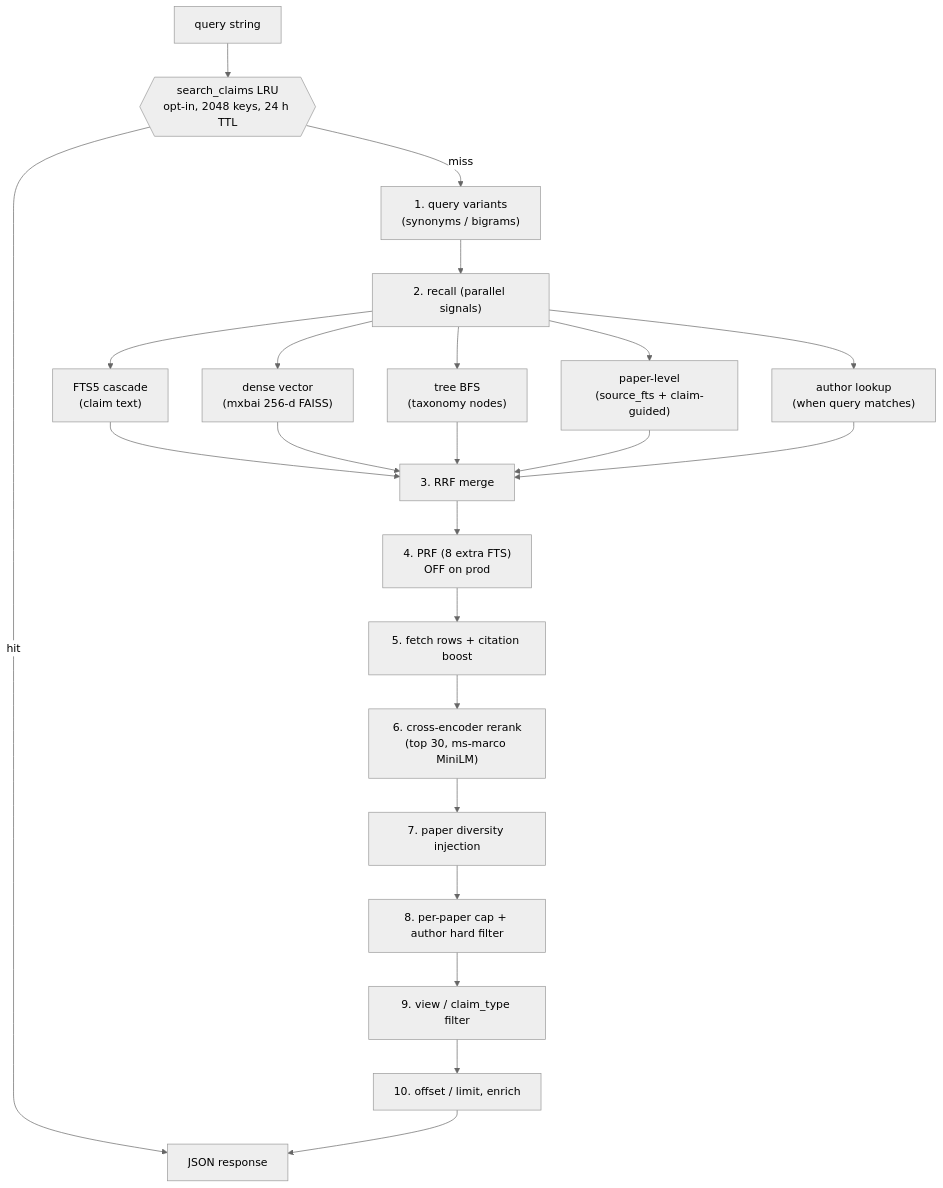
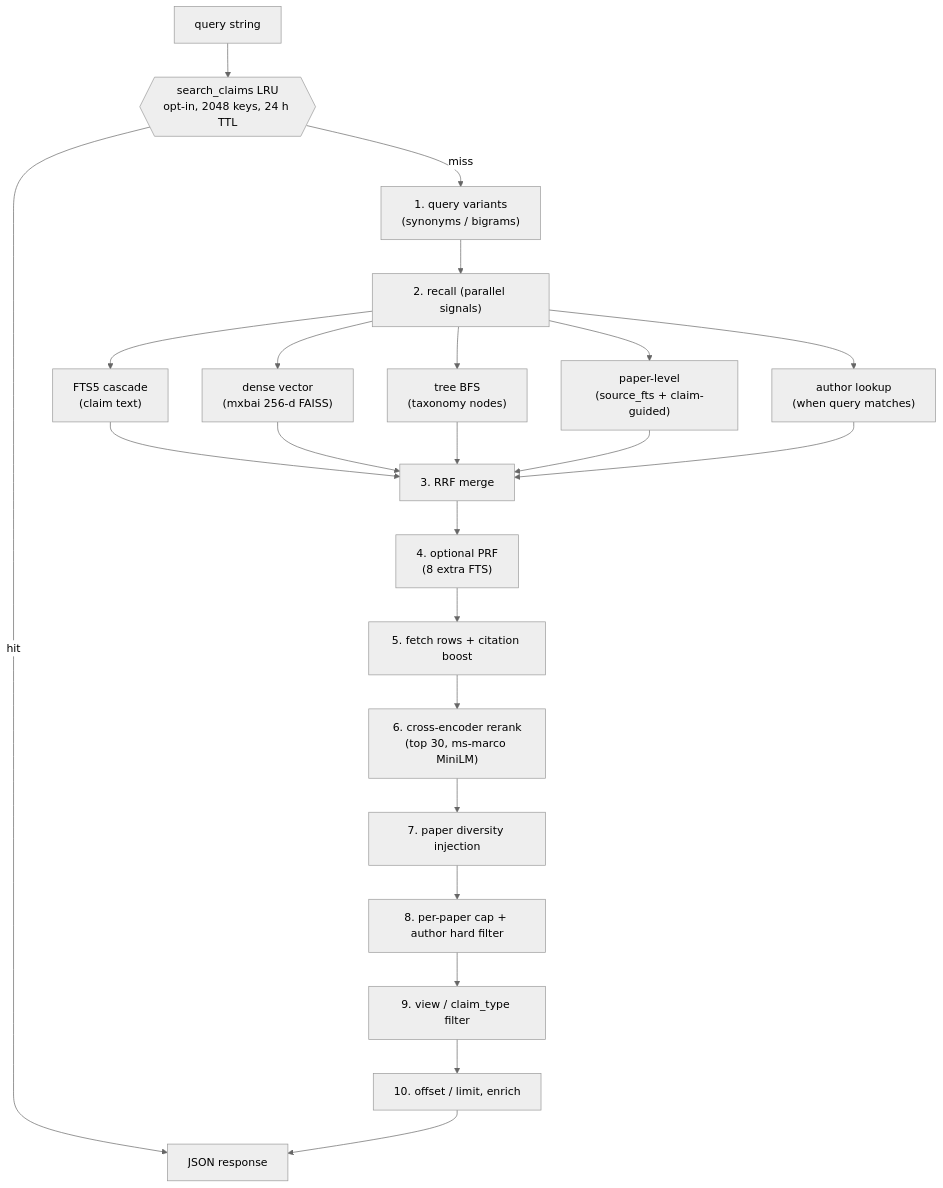
Before and after one commit to bingyan4science/askchem: the diagram in docs/search-pipeline.md, drawn with Mermaid (neutral theme). The commit also changed other lines of this file and 36 other files, not shown here.

````diff
--- a/docs/search-pipeline.md
+++ b/docs/search-pipeline.md
@@ -21,43 +18,43 @@
 ```mermaid
 flowchart TD
     Q["query string"]
     CACHE{{"search_claims LRU<br>opt-in, 2048 keys, 24 h TTL"}}
     VAR["1. query variants<br>(synonyms / bigrams)"]
     REC["2. recall (parallel signals)"]
     FTS["FTS5 cascade<br>(claim text)"]
     DEN["dense vector<br>(mxbai 256-d FAISS)"]
     TREE["tree BFS<br>(taxonomy nodes)"]
     PAP["paper-level<br>(source_fts + claim-guided)"]
     AUTH["author lookup<br>(when query matches)"]
     RRF["3. RRF merge"]
-    PRF["4. PRF (8 extra FTS)<br>OFF on prod"]
+    PRF["4. optional PRF<br>(8 extra FTS)"]
     FETCH["5. fetch rows + citation boost"]
     RR["6. cross-encoder rerank<br>(top 30, ms-marco MiniLM)"]
     DIV["7. paper diversity injection"]
     CAP["8. per-paper cap + author hard filter"]
     FILT["9. view / claim_type filter"]
     PAGE["10. offset / limit, enrich"]
     OUT["JSON response"]
     Q --> CACHE
     CACHE -->|"miss"| VAR
     CACHE -->|"hit"| OUT
     VAR --> REC
     REC --> FTS
     REC --> DEN
     REC --> TREE
     REC --> PAP
     REC --> AUTH
     FTS --> RRF
     DEN --> RRF
     TREE --> RRF
     PAP --> RRF
     AUTH --> RRF
     RRF --> PRF
     PRF --> FETCH
     FETCH --> RR
     RR --> DIV
     DIV --> CAP
     CAP --> FILT
     FILT --> PAGE
     PAGE --> OUT
 ```
````
